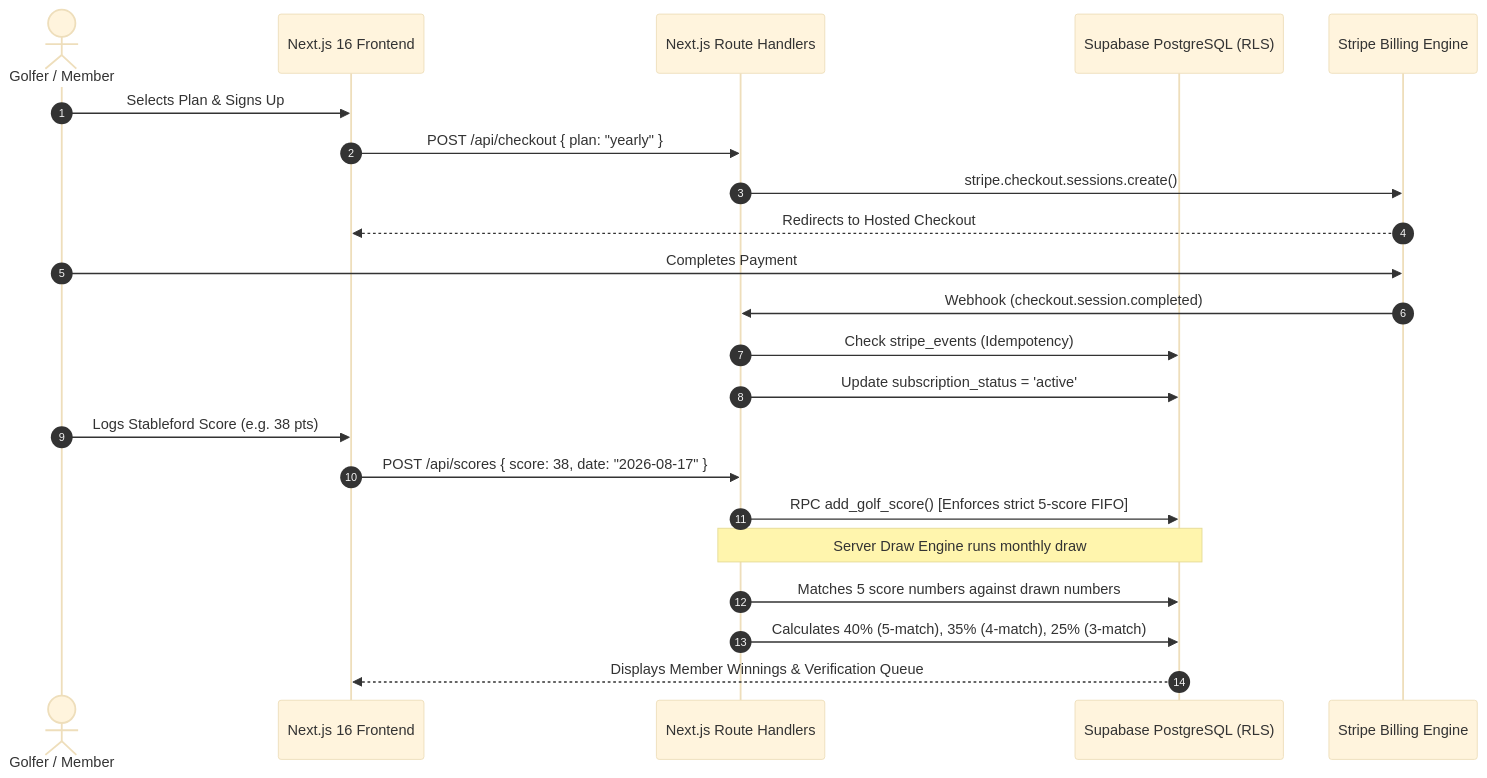
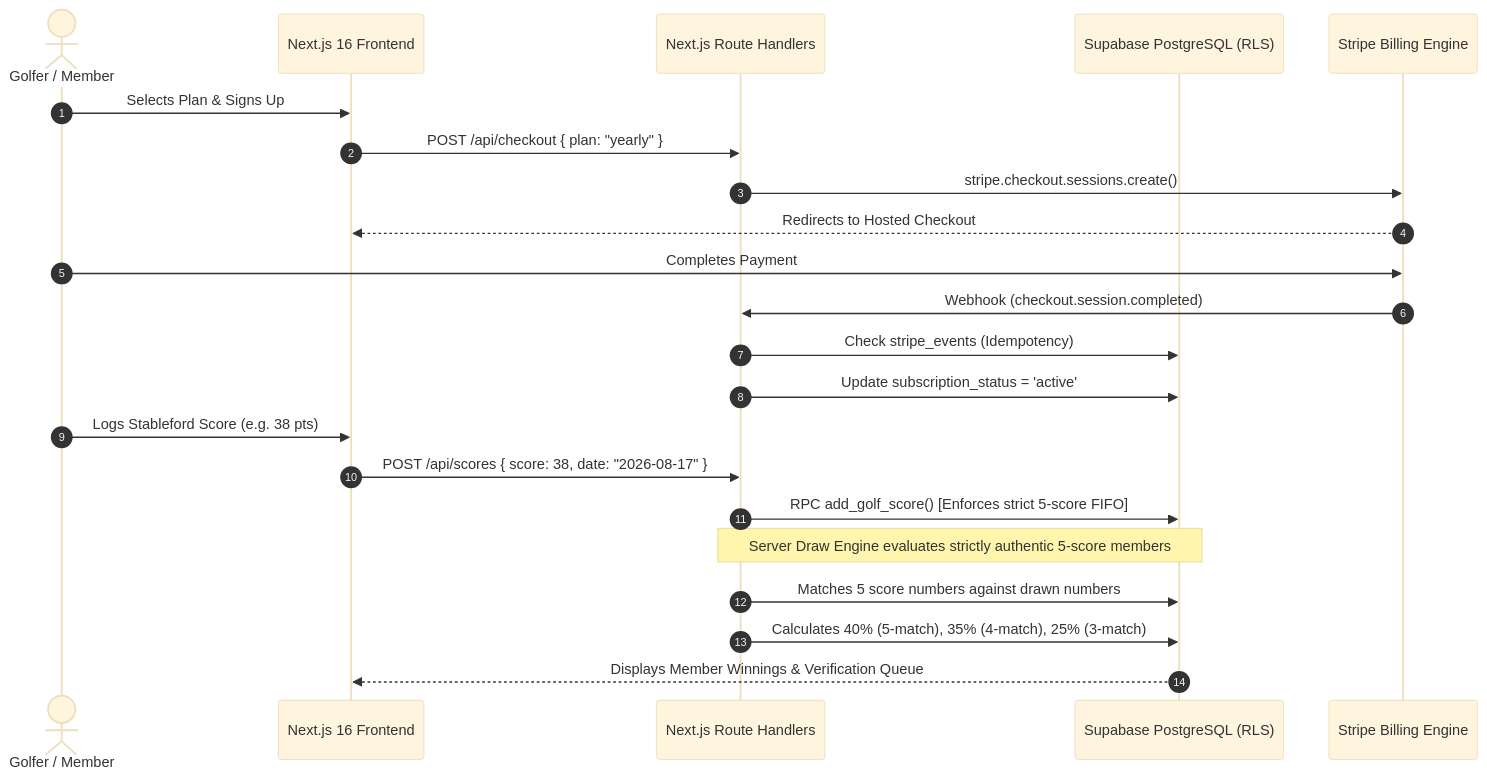
The first of 2 diagrams in README.md (Sekhar01807/Golf-Platform), drawn with Mermaid (base theme) before and after one commit. The commit also changed other lines of this file and 9 other files, not shown here.

Commit message:
feat: strict transactional RPC score enforcement, authentic draw eligibility, and regression test suite

````diff
--- a/README.md
+++ b/README.md
@@ -46,25 +46,25 @@
 ```mermaid
 sequenceDiagram
     autonumber
     actor Member as Golfer / Member
     participant UI as Next.js 16 Frontend
     participant API as Next.js Route Handlers
     participant DB as Supabase PostgreSQL (RLS)
     participant Stripe as Stripe Billing Engine
 
     Member->>UI: Selects Plan & Signs Up
     UI->>API: POST /api/checkout { plan: "yearly" }
     API->>Stripe: stripe.checkout.sessions.create()
     Stripe-->>UI: Redirects to Hosted Checkout
     Member->>Stripe: Completes Payment
     Stripe->>API: Webhook (checkout.session.completed)
     API->>DB: Check stripe_events (Idempotency)
     API->>DB: Update subscription_status = 'active'
     Member->>UI: Logs Stableford Score (e.g. 38 pts)
     UI->>API: POST /api/scores { score: 38, date: "2026-08-17" }
     API->>DB: RPC add_golf_score() [Enforces strict 5-score FIFO]
-    Note over API,DB: Server Draw Engine runs monthly draw
+    Note over API,DB: Server Draw Engine evaluates strictly authentic 5-score members
     API->>DB: Matches 5 score numbers against drawn numbers
     API->>DB: Calculates 40% (5-match), 35% (4-match), 25% (3-match)
     DB-->>UI: Displays Member Winnings & Verification Queue
 ```
````
